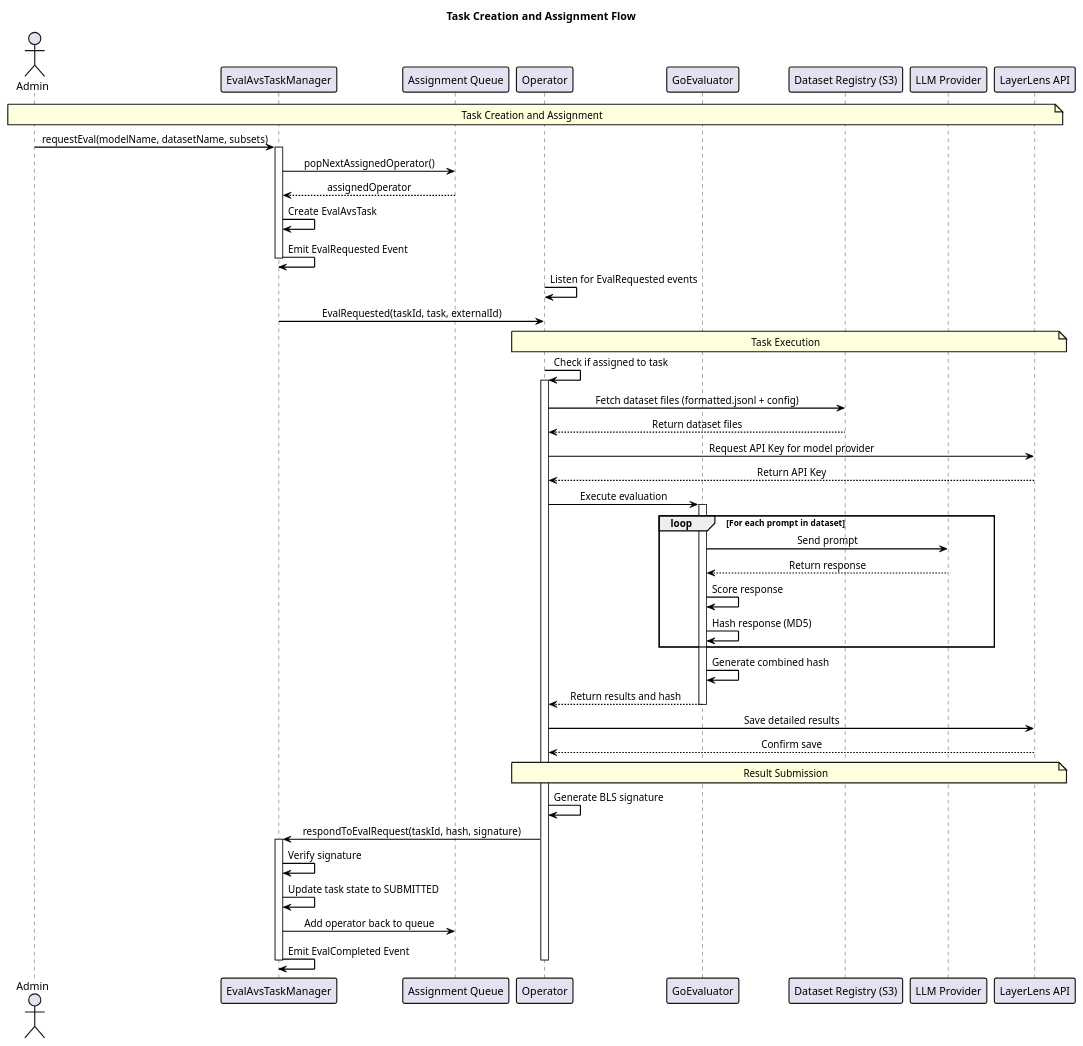
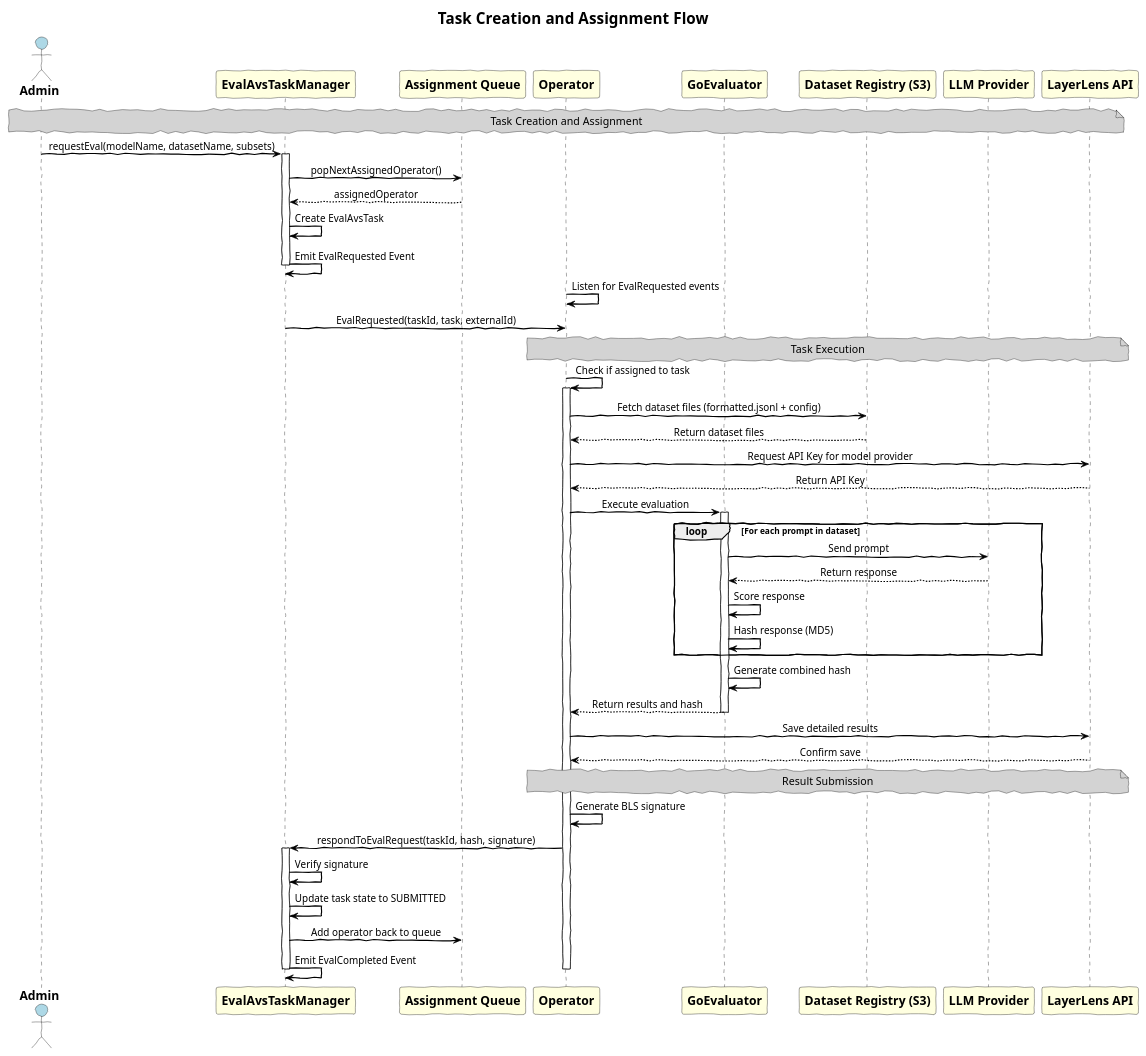
The diagram in plantuml-diagrams/avs-task-flow.puml (k-g-j/ll-sequence-diagrams), drawn with PlantUML before and after one commit. The commit also changed 10 other files, not shown here.

Commit message:
Update PlantUML diagrams with handwritten style and improved readability

```diff
--- a/plantuml-diagrams/avs-task-flow.puml
+++ b/plantuml-diagrams/avs-task-flow.puml
@@ -1,81 +1,86 @@
 @startuml
-' Use improved sequence diagram styling
+' Use handwritten style with improved fonts and spacing
 skinparam backgroundColor white
-skinparam handwritten false
-skinparam linetype ortho
+skinparam handwritten true
+skinparam defaultTextAlignment center
 
 ' Fix arrow styling
 skinparam ArrowColor black
 skinparam ArrowThickness 1.5
 skinparam SequenceArrowThickness 1.5
 
-' Fix message alignment
-skinparam sequenceMessageAlign direction
-skinparam SequenceMessageAlignment center
+' Improve fonts for better readability
+skinparam ParticipantFontSize 16
+skinparam ParticipantFontStyle bold
+skinparam ActorFontSize 16
+skinparam ActorFontStyle bold
+skinparam NoteFontSize 14
+skinparam TitleFontSize 20
+skinparam TitleFontStyle bold
 
-' Improve participant styling
-skinparam ParticipantBorderThickness 1.5
-skinparam DatabaseBorderThickness 1.5
-skinparam ActorBorderThickness 1.5
-skinparam NoteBorderThickness 1.5
+' Color participants for better visualization
+skinparam ActorBackgroundColor lightblue
+skinparam ParticipantBackgroundColor lightyellow
+skinparam NoteBackgroundColor lightgray
+skinparam DatabaseBackgroundColor lightgreen
 
 title Task Creation and Assignment Flow
 
 actor Admin
 participant "EvalAvsTaskManager" as TaskManager
 participant "Assignment Queue" as Queue
 participant "Operator" as Operator
 participant "GoEvaluator" as GoEvaluator
 participant "Dataset Registry (S3)" as S3
 participant "LLM Provider" as LLM
 participant "LayerLens API" as API
 
 note over Admin, API: Task Creation and Assignment
 
 Admin -> TaskManager: requestEval(modelName, datasetName, subsets)
 activate TaskManager
 TaskManager -> Queue: popNextAssignedOperator()
 Queue --> TaskManager: assignedOperator
 TaskManager -> TaskManager: Create EvalAvsTask
 TaskManager -> TaskManager: Emit EvalRequested Event
 deactivate TaskManager
 
 Operator -> Operator: Listen for EvalRequested events
 TaskManager -> Operator: EvalRequested(taskId, task, externalId)
 
 note over Operator, API: Task Execution
 
 Operator -> Operator: Check if assigned to task
 activate Operator
 Operator -> S3: Fetch dataset files (formatted.jsonl + config)
 S3 --> Operator: Return dataset files
 Operator -> API: Request API Key for model provider
 API --> Operator: Return API Key
 Operator -> GoEvaluator: Execute evaluation
 
 activate GoEvaluator
 loop For each prompt in dataset
     GoEvaluator -> LLM: Send prompt
     LLM --> GoEvaluator: Return response
     GoEvaluator -> GoEvaluator: Score response
     GoEvaluator -> GoEvaluator: Hash response (MD5)
 end
 GoEvaluator -> GoEvaluator: Generate combined hash
 GoEvaluator --> Operator: Return results and hash
 deactivate GoEvaluator
 
 Operator -> API: Save detailed results
 API --> Operator: Confirm save
 
 note over Operator, API: Result Submission
 
 Operator -> Operator: Generate BLS signature
 Operator -> TaskManager: respondToEvalRequest(taskId, hash, signature)
 activate TaskManager
 TaskManager -> TaskManager: Verify signature
 TaskManager -> TaskManager: Update task state to SUBMITTED
 TaskManager -> Queue: Add operator back to queue
 TaskManager -> TaskManager: Emit EvalCompleted Event
 deactivate TaskManager
 deactivate Operator
 @enduml
```
